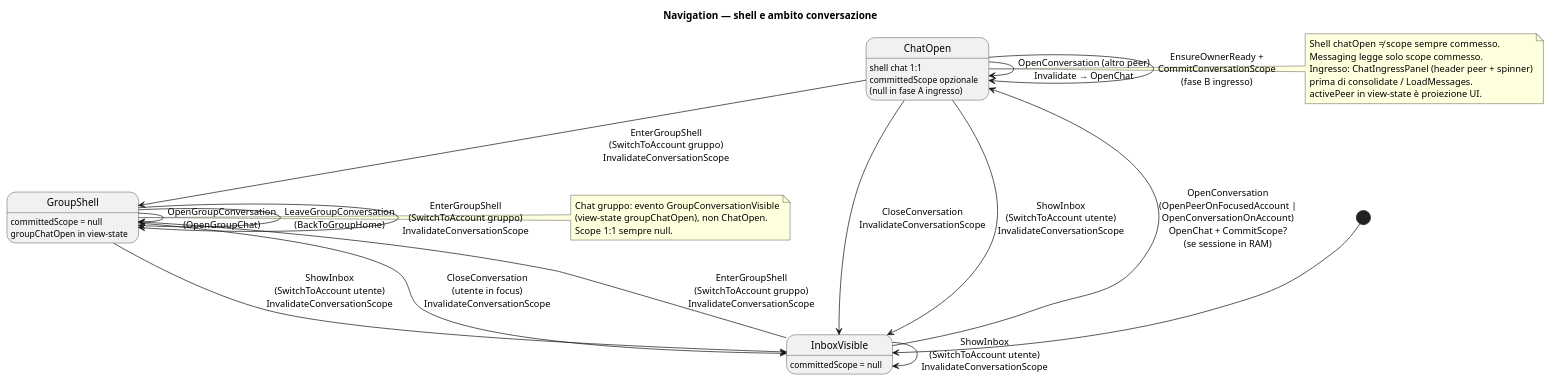
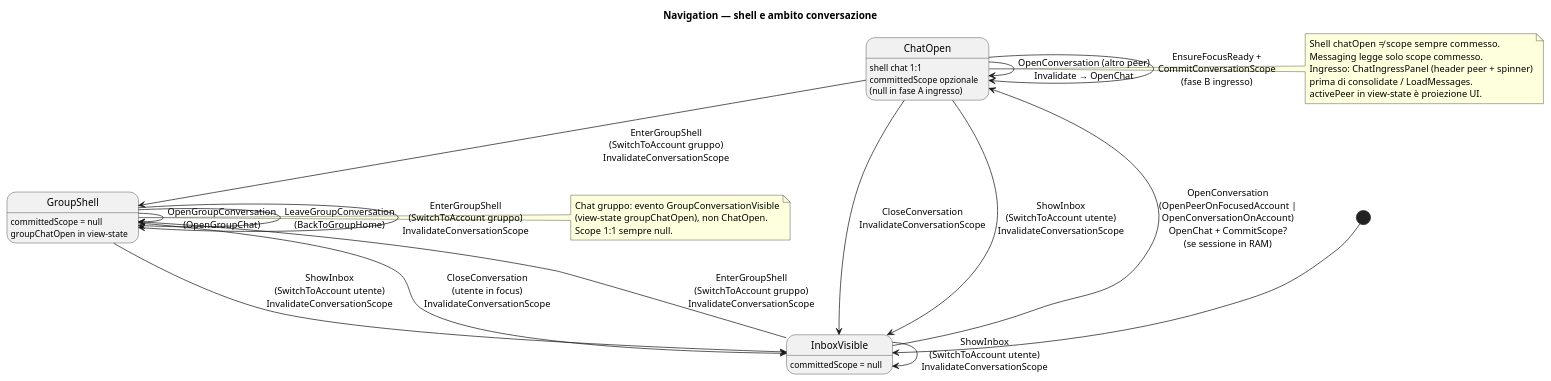
The diagram in docs/model/uml/navigation/navigation-shell-state.puml (alfred-im/alfred-im), drawn with PlantUML before and after one commit. The commit also changed 200 other files, not shown here.

```diff
--- a/docs/model/uml/navigation/navigation-shell-state.puml
+++ b/docs/model/uml/navigation/navigation-shell-state.puml
@@ -1,45 +1,45 @@
 @startuml navigation-shell-state
 ' Context: navigation
 ' Profile: client
 ' Revision: 2026-08-01
 ' Statechart: NavigationShellState + ConversationScope
 
 title Navigation — shell e ambito conversazione
 
 state InboxVisible : committedScope = null
 state ChatOpen : shell chat 1:1\ncommittedScope opzionale\n(null in fase A ingresso)
 state GroupShell : committedScope = null\ngroupChatOpen in view-state
 
 [*] --> InboxVisible
 
 InboxVisible --> ChatOpen : OpenConversation\n(OpenPeerOnFocusedAccount |\nOpenConversationOnAccount)\nOpenChat + CommitScope?\n(se sessione in RAM)
 InboxVisible --> GroupShell : EnterGroupShell\n(SwitchToAccount gruppo)\nInvalidateConversationScope
 InboxVisible --> InboxVisible : ShowInbox\n(SwitchToAccount utente)\nInvalidateConversationScope
 
 ChatOpen --> InboxVisible : CloseConversation\nInvalidateConversationScope
 ChatOpen --> ChatOpen : OpenConversation (altro peer)\nInvalidate → OpenChat
-ChatOpen --> ChatOpen : EnsureOwnerReady +\nCommitConversationScope\n(fase B ingresso)
+ChatOpen --> ChatOpen : EnsureFocusReady +\nCommitConversationScope\n(fase B ingresso)
 ChatOpen --> InboxVisible : ShowInbox\n(SwitchToAccount utente)\nInvalidateConversationScope
 ChatOpen --> GroupShell : EnterGroupShell\n(SwitchToAccount gruppo)\nInvalidateConversationScope
 
 GroupShell --> GroupShell : OpenGroupConversation\n(OpenGroupChat)
 GroupShell --> GroupShell : LeaveGroupConversation\n(BackToGroupHome)
 GroupShell --> GroupShell : EnterGroupShell\n(SwitchToAccount gruppo)\nInvalidateConversationScope
 GroupShell --> InboxVisible : ShowInbox\n(SwitchToAccount utente)\nInvalidateConversationScope
 GroupShell --> InboxVisible : CloseConversation\n(utente in focus)\nInvalidateConversationScope
 
 note right of ChatOpen
   Shell chatOpen ≠ scope sempre commesso.
   Messaging legge solo scope commesso.
   Ingresso: ChatIngressPanel (header peer + spinner)
   prima di consolidate / LoadMessages.
   activePeer in view-state è proiezione UI.
 end note
 
 note right of GroupShell
   Chat gruppo: evento GroupConversationVisible
   (view-state groupChatOpen), non ChatOpen.
   Scope 1:1 sempre null.
 end note
 
 @enduml
```
